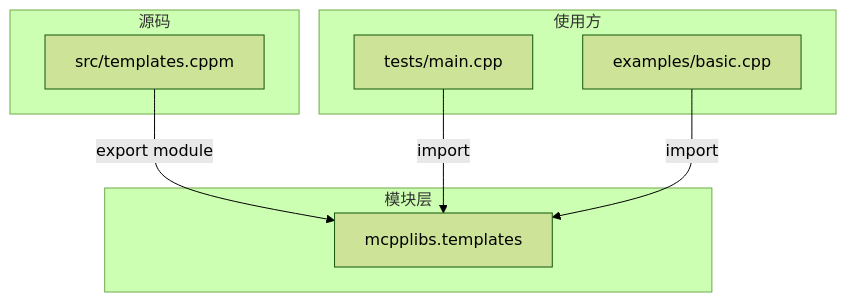
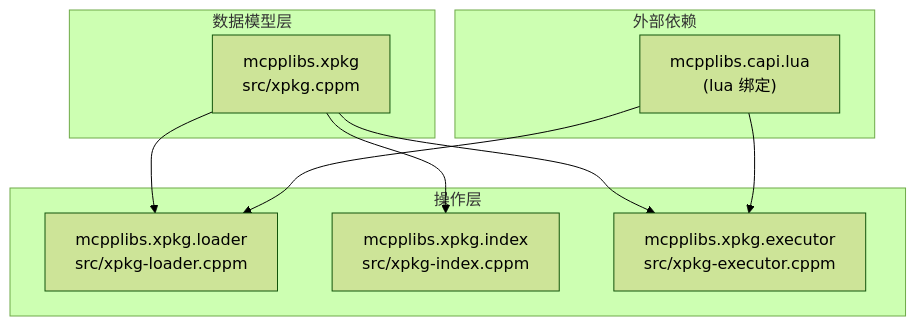
One commit to Sunrisepeak/libxpkg changed the diagram in docs/architecture.md. Above: the diagram before and after it, drawn with Mermaid (forest theme). The commit also changed other lines of this file and 8 other files, not shown here.

First line of the commit message:
feat: implement xpkg-index module, split test targets, fix GCC15 module ABI

````diff
--- a/docs/architecture.md
+++ b/docs/architecture.md
@@ -38,19 +22,22 @@
 ```mermaid
 graph TD
-    subgraph moduleLayer [模块层]
-        M["mcpplibs.templates"]
+    subgraph modelLayer [数据模型层]
+        M["mcpplibs.xpkg<br/>src/xpkg.cppm"]
     end
 
-    subgraph srcLayer [源码]
-        S["src/templates.cppm"]
+    subgraph operationLayer [操作层]
+        L["mcpplibs.xpkg.loader<br/>src/xpkg-loader.cppm"]
+        I["mcpplibs.xpkg.index<br/>src/xpkg-index.cppm"]
+        E["mcpplibs.xpkg.executor<br/>src/xpkg-executor.cppm"]
     end
 
-    subgraph consumerLayer [使用方]
-        T["tests/main.cpp"]
-        E["examples/basic.cpp"]
+    subgraph externalLayer [外部依赖]
+        LUA["mcpplibs.capi.lua<br/>(lua 绑定)"]
     end
 
-    S -->|"export module"| M
-    T -->|"import"| M
-    E -->|"import"| M
+    M --> L
+    M --> I
+    M --> E
+    LUA --> L
+    LUA --> E
 ```
````
